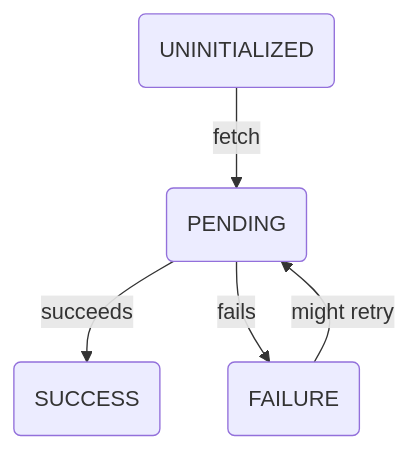
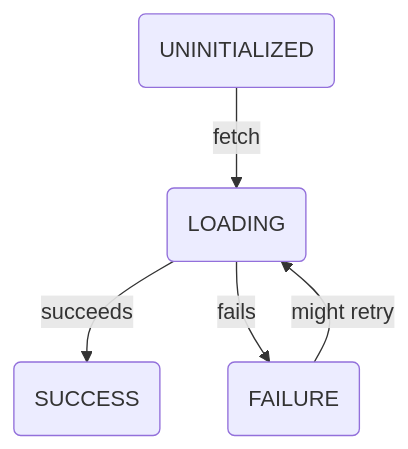
One commit to devonbacon/blog changed the diagram in scaling-frontend-state-2.md. Above: the diagram before and after it, drawn with Mermaid. The commit also changed other lines of this file and 1 other file, not shown here.

````diff
--- a/scaling-frontend-state-2.md
+++ b/scaling-frontend-state-2.md
@@ -23,9 +23,9 @@
 ```mermaid
 
 flowchart TD
-    A(UNINITIALIZED) -->|fetch| B(PENDING)
+    A(UNINITIALIZED) -->|fetch| B(LOADING)
     B -->|succeeds| C(SUCCESS)
     B -->|fails| D(FAILURE)
     D -->|might retry| B
 
 ```
````
